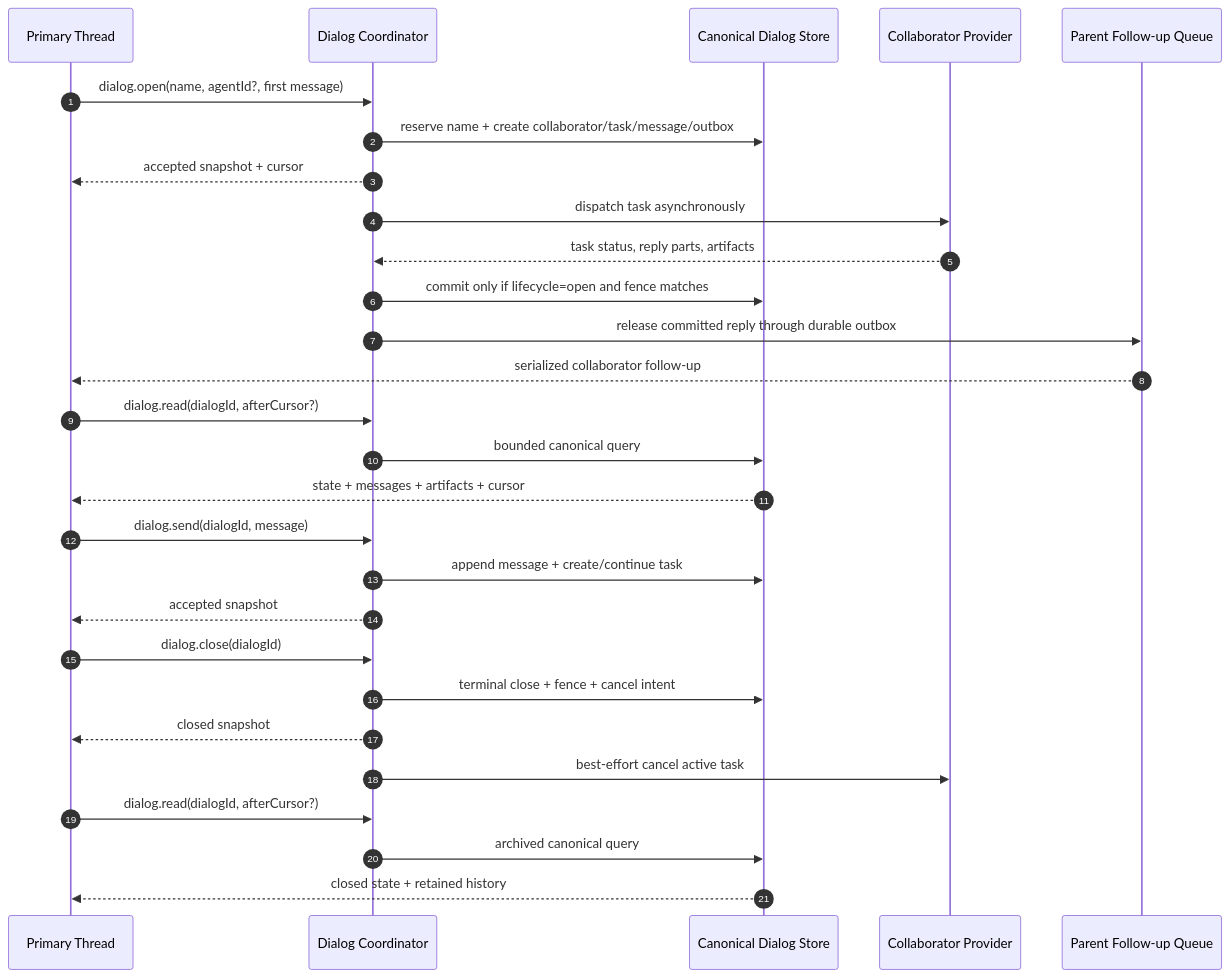
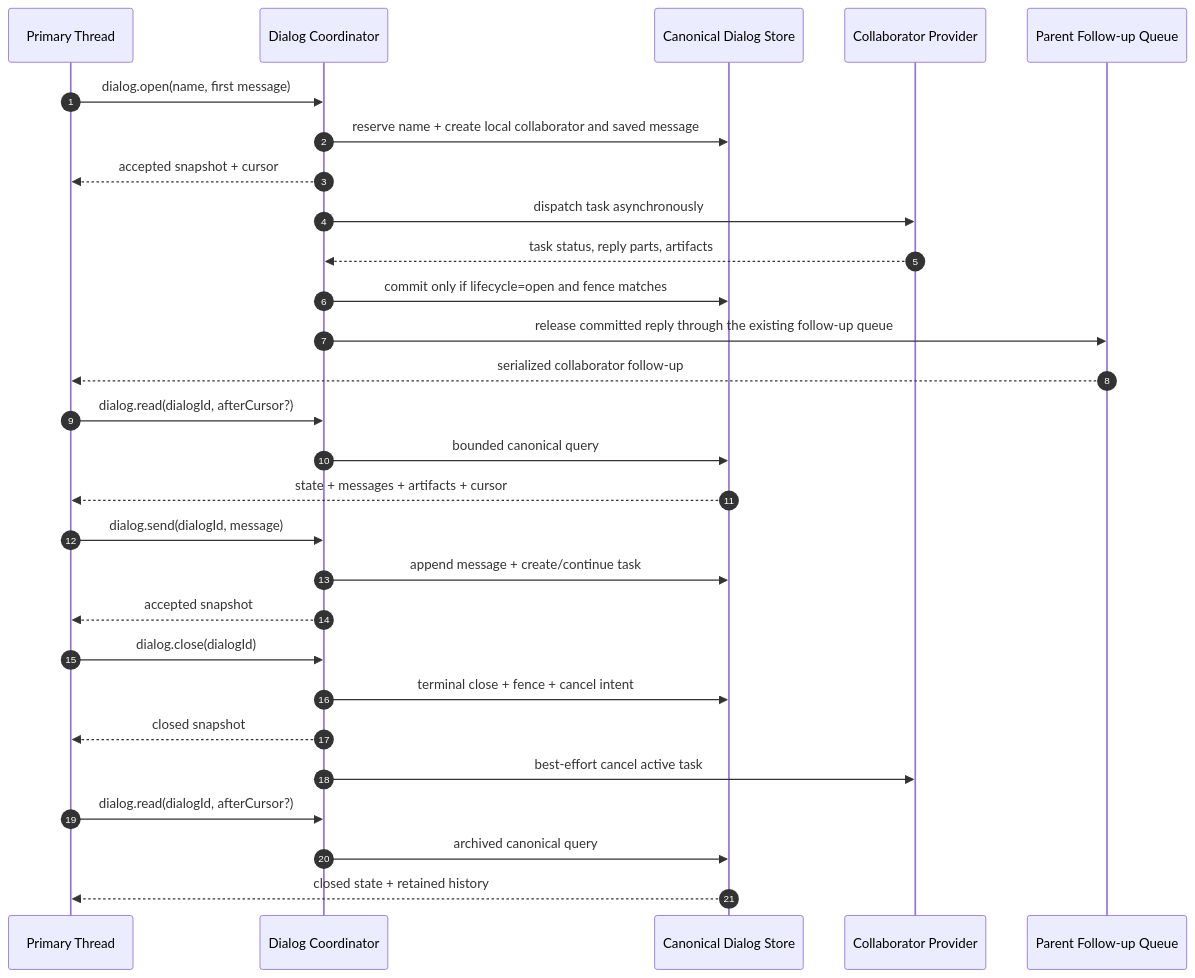
The first of 2 diagrams in docs/design/named-sub-agents-change-design.md (LumiCorp/kestrel), drawn with Mermaid before and after one commit. The commit also changed other lines of this file and 12 other files, not shown here.

Commit message:
feat: finalize local named collaborator release

````diff
--- a/docs/design/named-sub-agents-change-design.md
+++ b/docs/design/named-sub-agents-change-design.md
@@ -730,35 +712,35 @@
 ```mermaid
 sequenceDiagram
     autonumber
     participant P as Primary Thread
     participant D as Dialog Coordinator
     participant S as Canonical Dialog Store
     participant V as Collaborator Provider
     participant Q as Parent Follow-up Queue
 
-    P->>D: dialog.open(name, agentId?, first message)
-    D->>S: reserve name + create collaborator/task/message/outbox
+    P->>D: dialog.open(name, first message)
+    D->>S: reserve name + create local collaborator and saved message
     D-->>P: accepted snapshot + cursor
     D->>V: dispatch task asynchronously
     V-->>D: task status, reply parts, artifacts
     D->>S: commit only if lifecycle=open and fence matches
-    D->>Q: release committed reply through durable outbox
+    D->>Q: release committed reply through the existing follow-up queue
     Q-->>P: serialized collaborator follow-up
 
     P->>D: dialog.read(dialogId, afterCursor?)
     D->>S: bounded canonical query
     S-->>P: state + messages + artifacts + cursor
 
     P->>D: dialog.send(dialogId, message)
     D->>S: append message + create/continue task
     D-->>P: accepted snapshot
 
     P->>D: dialog.close(dialogId)
     D->>S: terminal close + fence + cancel intent
     D-->>P: closed snapshot
     D->>V: best-effort cancel active task
 
     P->>D: dialog.read(dialogId, afterCursor?)
     D->>S: archived canonical query
     S-->>P: closed state + retained history
 ```
````
